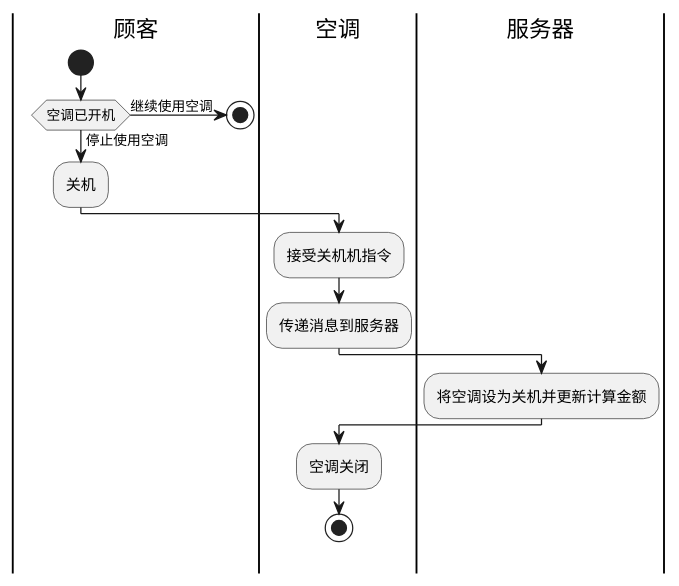
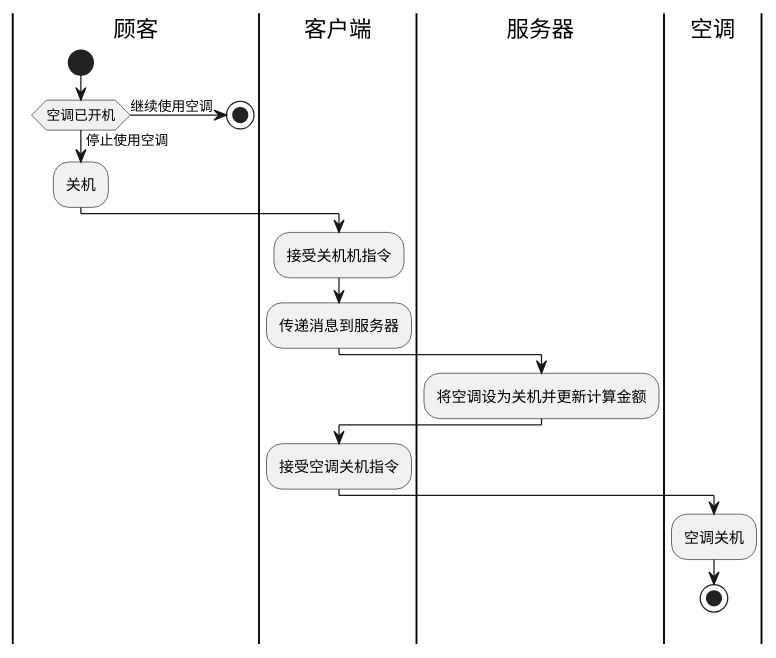
The diagram in Doc&Ref/Phase2/活动图和uml/使用空调服务(关机).wsd (RiddMa/SoftwareEngineering2021), drawn with PlantUML before and after one commit. The commit also changed 13 other files, not shown here.

Commit message:
修改对应位置的类图、活动图，部分流程和缺省

```diff
--- a/Doc&Ref/Phase2/活动图和uml/使用空调服务(关机).wsd
+++ b/Doc&Ref/Phase2/活动图和uml/使用空调服务(关机).wsd
@@ -1,14 +1,16 @@
 |顾客|
 start
 if (空调已开机) then (继续使用空调)
  stop
 else (停止使用空调)
   :关机;
-  |空调|
+  |客户端|
   :接受关机机指令;
   :传递消息到服务器;
   |服务器|
   :将空调设为关机并更新计算金额;
+  |客户端|
+  :接受空调关机指令;
   |空调|
-  :空调关闭;
+  :空调关机;
 stop
```
